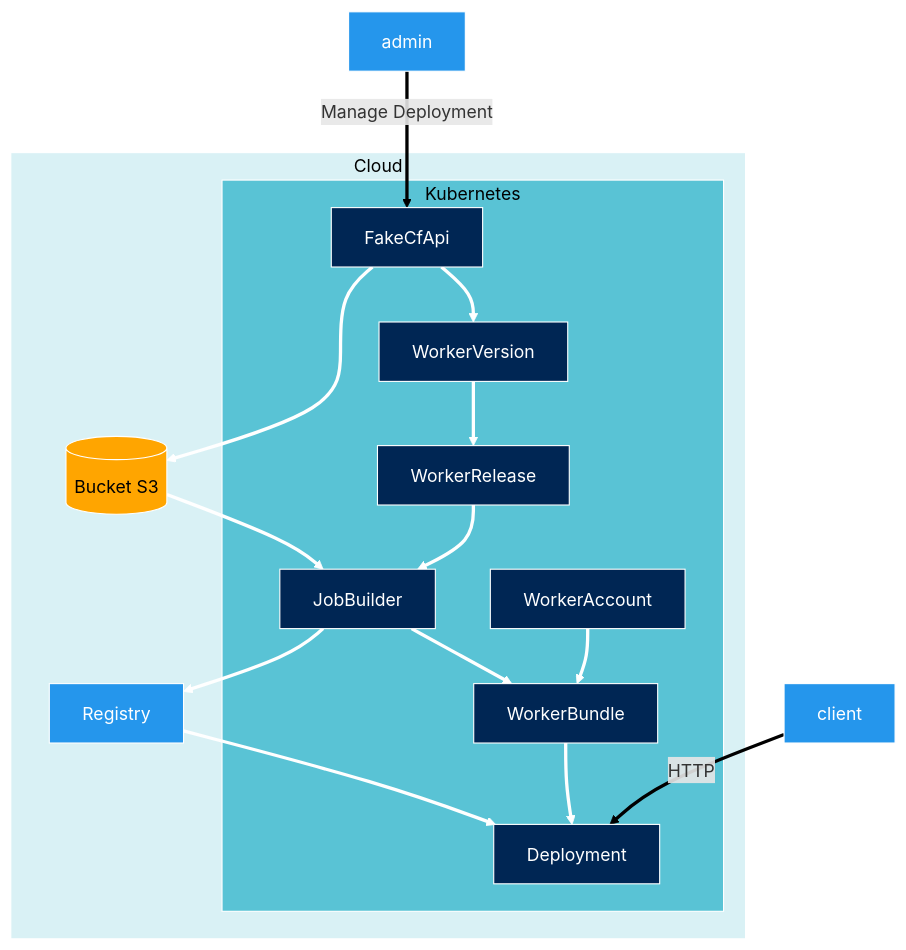
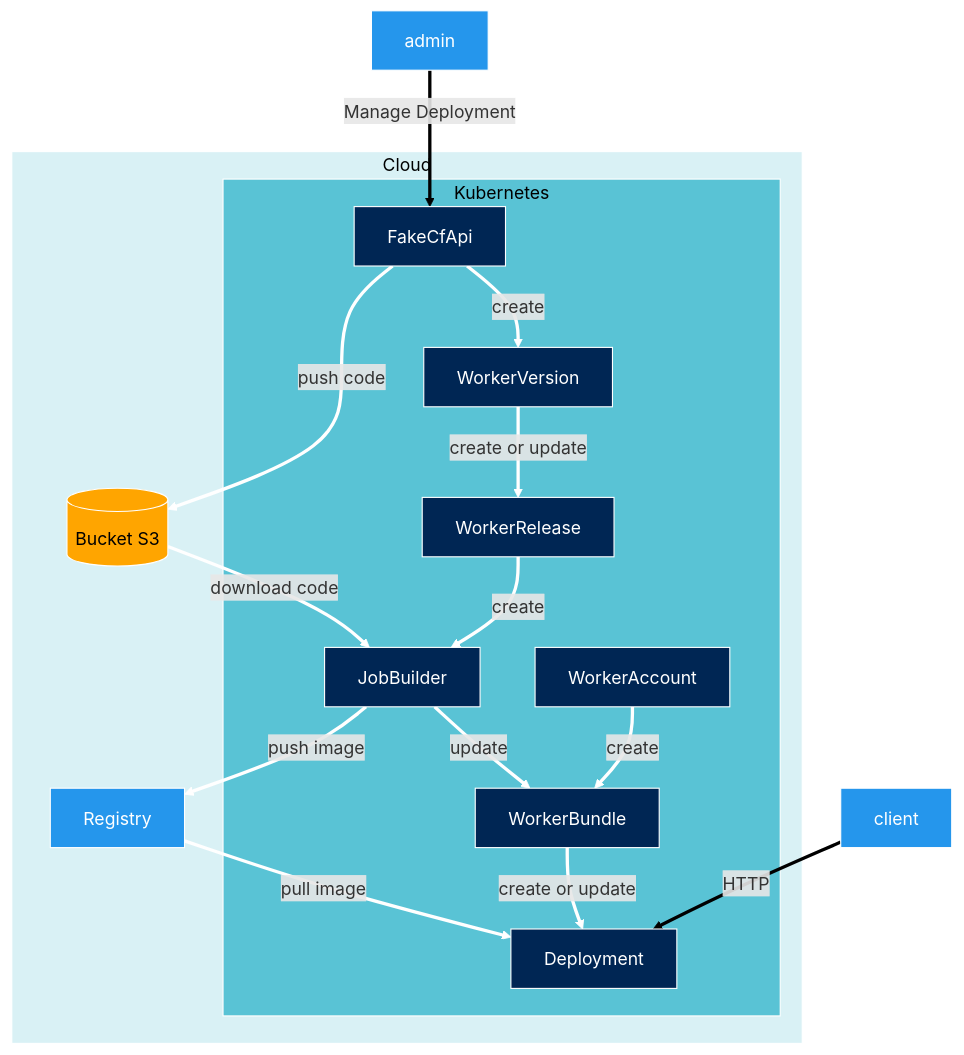
Before and after one commit to clementreiffers/fireworkers-docs: the diagram in docs/the-architecture.md, drawn with Mermaid.

Commit message:
ajout description tâches mermaid

````diff
--- a/docs/the-architecture.md
+++ b/docs/the-architecture.md
@@ -137,47 +137,47 @@
 ```mermaid
 flowchart TB
     subgraph Cloud
-        FakeCfApi --> BucketS3[(Bucket S3)]
-        BucketS3 --> JobBuilder
-        JobBuilder --> Registry
-        Registry --> Deployment
+        FakeCfApi --> |push code| BucketS3[(Bucket S3)]
+        BucketS3 --> |download code| JobBuilder
+        JobBuilder --> |push image| Registry
+        Registry --> |pull image| Deployment
         subgraph Kubernetes
-            FakeCfApi --> WorkerVersion
-            WorkerVersion --> WorkerRelease
-            WorkerRelease --> JobBuilder
-            WorkerAccount --> WorkerBundle
-            WorkerBundle --> Deployment
-            JobBuilder --> WorkerBundle
+            FakeCfApi --> |create| WorkerVersion
+            WorkerVersion --> |create or update|WorkerRelease
+            WorkerRelease --> |create| JobBuilder
+            WorkerAccount --> |create| WorkerBundle
+            WorkerBundle --> |create or update| Deployment
+            JobBuilder --> |update| WorkerBundle
         end
     end
     admin --> |Manage Deployment| FakeCfApi
     client --> |HTTP| Deployment
     
     
     style FakeCfApi fill:#002654,color:white,stroke:white
     style WorkerVersion fill:#002654,color:white,stroke:white
     style WorkerRelease fill:#002654,color:white,stroke:white
     style WorkerAccount fill:#002654,color:white,stroke:white
     style WorkerBundle fill:#002654,color:white,stroke:white
     style JobBuilder fill:#002654,color:white,stroke:white
     style Deployment fill:#002654,color:white,stroke:white
     style Kubernetes fill:#59C3D5,color:black,stroke:white
     style Cloud fill:#D9F1F5,color:black,stroke:white
     style BucketS3 fill:orange,color:black,stroke:white
     style Registry fill:#2596EC,color:white,stroke:white
     style admin fill:#2596EC,color:white,stroke:white
     style client fill:#2596EC,color:white,stroke:white
 
     linkStyle 0 stroke:white,stroke-width:3
     linkStyle 1 stroke:white,stroke-width:3
     linkStyle 2 stroke:white,stroke-width:3
     linkStyle 3 stroke:white,stroke-width:3
     linkStyle 4 stroke:white,stroke-width:3
     linkStyle 5 stroke:white,stroke-width:3
     linkStyle 6 stroke:white,stroke-width:3
     linkStyle 7 stroke:white,stroke-width:3
     linkStyle 8 stroke:white,stroke-width:3
     linkStyle 9 stroke:white,stroke-width:3
     linkStyle 10 stroke:black,stroke-width:3
     linkStyle 11 stroke:black,stroke-width:3
 ```
````
